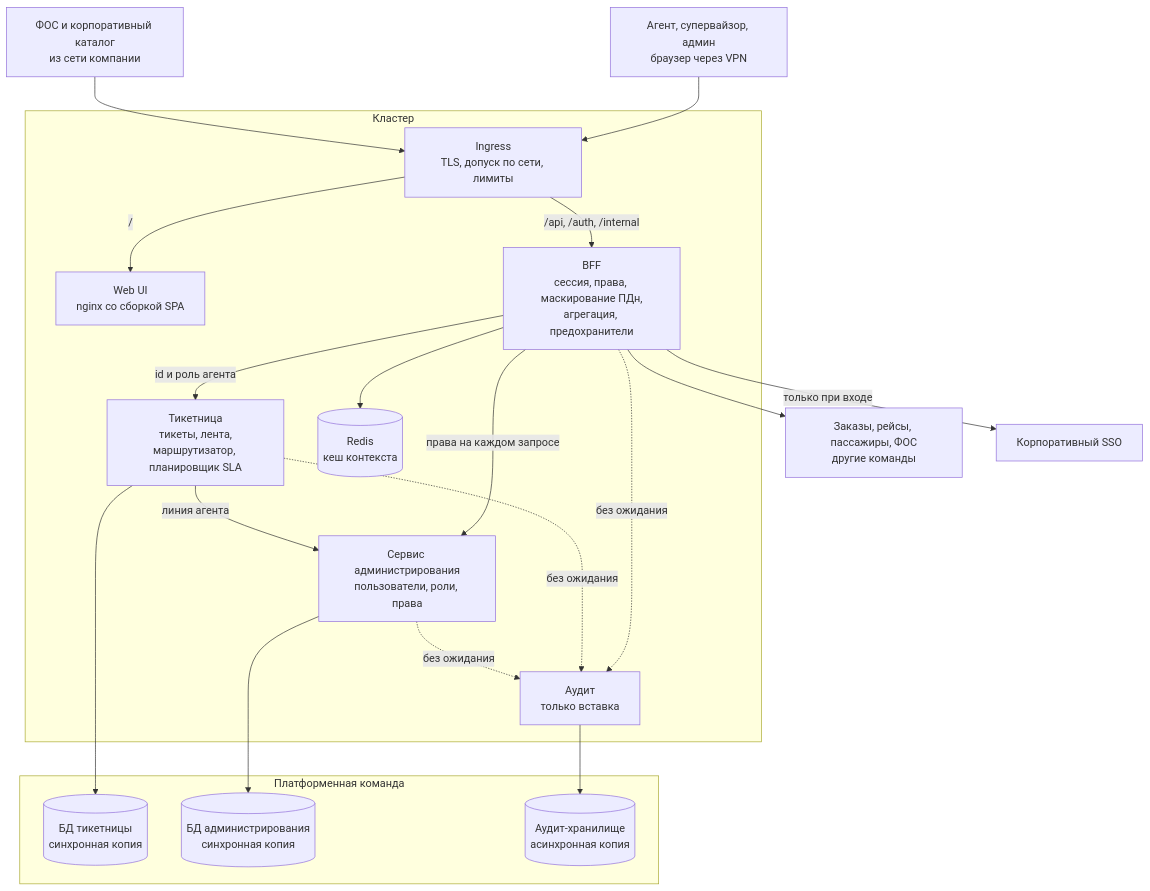
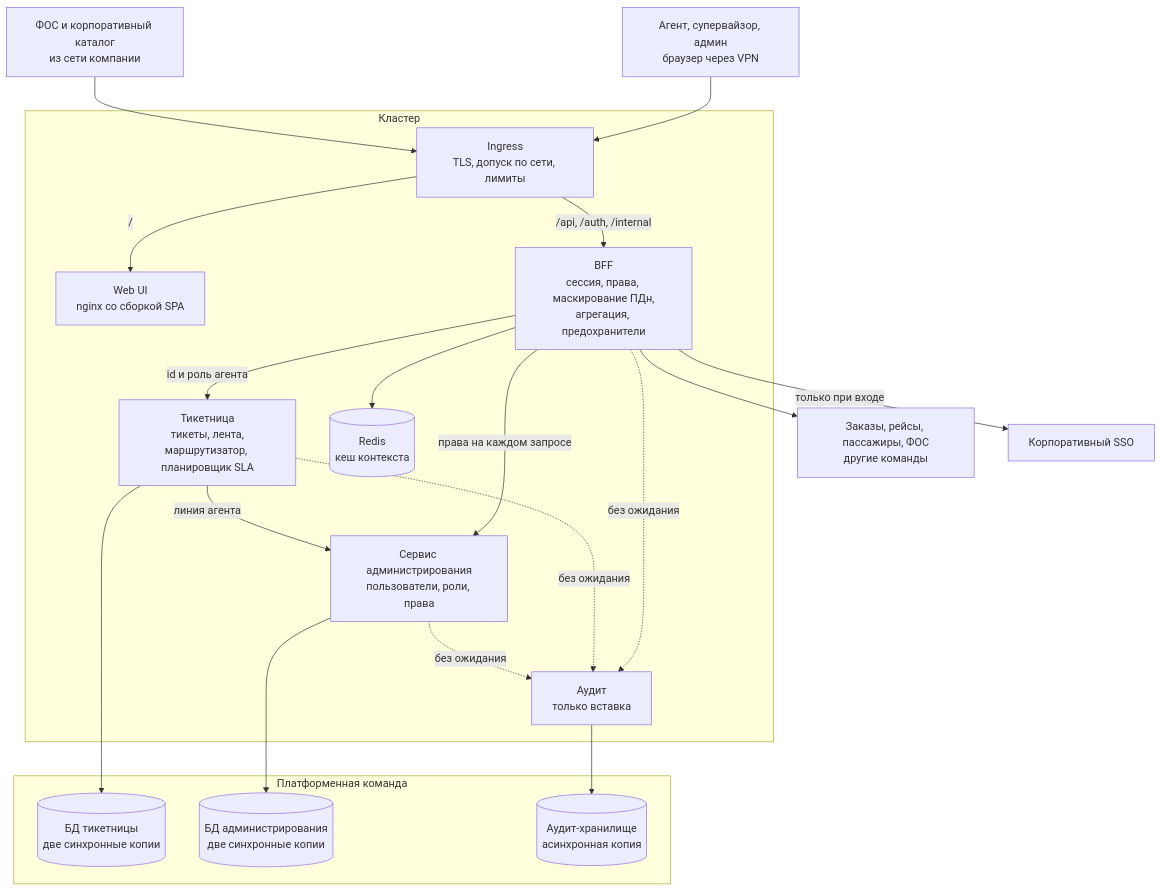
Before and after one commit to lionlimon/otus_lessons: the diagram in docs/final-solution.md, drawn with Mermaid. The commit also changed other lines of this file and 5 other files, not shown here.

````diff
--- a/docs/final-solution.md
+++ b/docs/final-solution.md
@@ -73,41 +74,41 @@
 ```mermaid
 flowchart TB
     AG["Агент, супервайзор, админ<br/>браузер через VPN"]
     IN2["ФОС и корпоративный каталог<br/>из сети компании"]
 
     subgraph K8S["Кластер"]
         IN["Ingress<br/>TLS, допуск по сети, лимиты"]
         W["Web UI<br/>nginx со сборкой SPA"]
         B["BFF<br/>сессия, права, маскирование ПДн,<br/>агрегация, предохранители"]
         T["Тикетница<br/>тикеты, лента,<br/>маршрутизатор, планировщик SLA"]
         AD["Сервис администрирования<br/>пользователи, роли, права"]
         AU["Аудит<br/>только вставка"]
         R[("Redis<br/>кеш контекста")]
     end
 
     subgraph PL["Платформенная команда"]
-        DBT[("БД тикетницы<br/>синхронная копия")]
-        DBA[("БД администрирования<br/>синхронная копия")]
+        DBT[("БД тикетницы<br/>две синхронные копии")]
+        DBA[("БД администрирования<br/>две синхронные копии")]
         DBU[("Аудит-хранилище<br/>асинхронная копия")]
     end
 
     EXT["Заказы, рейсы, пассажиры, ФОС<br/>другие команды"]
     SSO["Корпоративный SSO"]
 
     AG --> IN
     IN2 --> IN
     IN -->|"/"| W
     IN -->|"/api, /auth, /internal"| B
     B -->|"права на каждом запросе"| AD
     B -->|"id и роль агента"| T
     B --> R
     B --> EXT
     B -->|"только при входе"| SSO
     T -->|"линия агента"| AD
     B -.->|"без ожидания"| AU
     T -.->|"без ожидания"| AU
     AD -.->|"без ожидания"| AU
     T --> DBT
     AD --> DBA
     AU --> DBU
 ```
````
